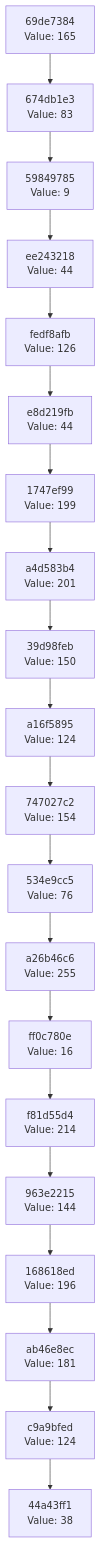
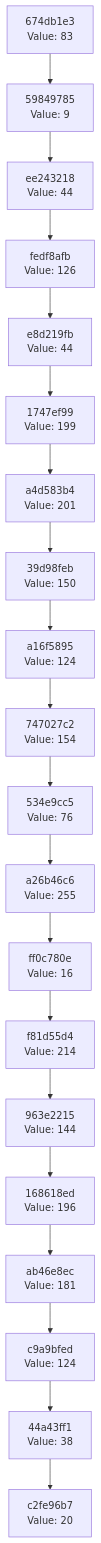
Before and after one commit to Abhisheksinha1506/hash-chain-evolver: the diagram in docs/CHAIN_VISUALIZATION.md, drawn with Mermaid. The commit also changed 3 other files, not shown here.

````diff
--- a/docs/CHAIN_VISUALIZATION.md
+++ b/docs/CHAIN_VISUALIZATION.md
@@ -3,42 +3,42 @@
 ```mermaid
 graph TD
-    C0["44a43ff1<br/>Value: 38"]
-    C1["c9a9bfed<br/>Value: 124"]
+    C0["c2fe96b7<br/>Value: 20"]
+    C1["44a43ff1<br/>Value: 38"]
     C1 --> C0
-    C2["ab46e8ec<br/>Value: 181"]
+    C2["c9a9bfed<br/>Value: 124"]
     C2 --> C1
-    C3["168618ed<br/>Value: 196"]
+    C3["ab46e8ec<br/>Value: 181"]
     C3 --> C2
-    C4["963e2215<br/>Value: 144"]
+    C4["168618ed<br/>Value: 196"]
     C4 --> C3
-    C5["f81d55d4<br/>Value: 214"]
+    C5["963e2215<br/>Value: 144"]
     C5 --> C4
-    C6["ff0c780e<br/>Value: 16"]
+    C6["f81d55d4<br/>Value: 214"]
     C6 --> C5
-    C7["a26b46c6<br/>Value: 255"]
+    C7["ff0c780e<br/>Value: 16"]
     C7 --> C6
-    C8["534e9cc5<br/>Value: 76"]
+    C8["a26b46c6<br/>Value: 255"]
     C8 --> C7
-    C9["747027c2<br/>Value: 154"]
+    C9["534e9cc5<br/>Value: 76"]
     C9 --> C8
-    C10["a16f5895<br/>Value: 124"]
+    C10["747027c2<br/>Value: 154"]
     C10 --> C9
-    C11["39d98feb<br/>Value: 150"]
+    C11["a16f5895<br/>Value: 124"]
     C11 --> C10
-    C12["a4d583b4<br/>Value: 201"]
+    C12["39d98feb<br/>Value: 150"]
     C12 --> C11
-    C13["1747ef99<br/>Value: 199"]
+    C13["a4d583b4<br/>Value: 201"]
     C13 --> C12
-    C14["e8d219fb<br/>Value: 44"]
+    C14["1747ef99<br/>Value: 199"]
     C14 --> C13
-    C15["fedf8afb<br/>Value: 126"]
+    C15["e8d219fb<br/>Value: 44"]
     C15 --> C14
-    C16["ee243218<br/>Value: 44"]
+    C16["fedf8afb<br/>Value: 126"]
     C16 --> C15
-    C17["59849785<br/>Value: 9"]
+    C17["ee243218<br/>Value: 44"]
     C17 --> C16
-    C18["674db1e3<br/>Value: 83"]
+    C18["59849785<br/>Value: 9"]
     C18 --> C17
-    C19["69de7384<br/>Value: 165"]
+    C19["674db1e3<br/>Value: 83"]
     C19 --> C18
 ```
````
